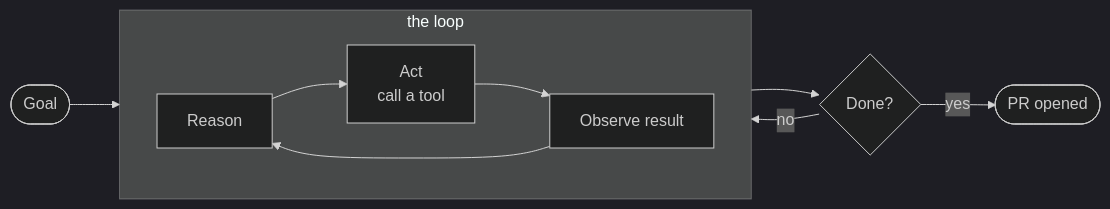
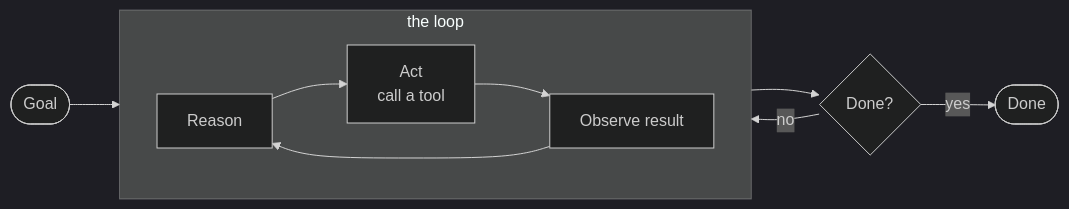
Before and after one commit to PatrickRobothamEnterprises/mlai-jun-2026: the second of 7 diagrams in TALK.md, drawn with Mermaid (dark theme). The commit also changed other lines of this file and 2 other files, not shown here.

````diff
--- a/TALK.md
+++ b/TALK.md
@@ -48,13 +67,13 @@
 ```mermaid
 flowchart LR
     G([Goal]) --> R
     subgraph loop ["the loop"]
       direction LR
       R[Reason] --> A["Act<br/>call a tool"]
       A --> O[Observe result]
       O --> R
     end
     R --> D{Done?}
     D -- no --> R
-    D -- yes --> Result([PR opened])
+    D -- yes --> Result([Done])
 ```
````
